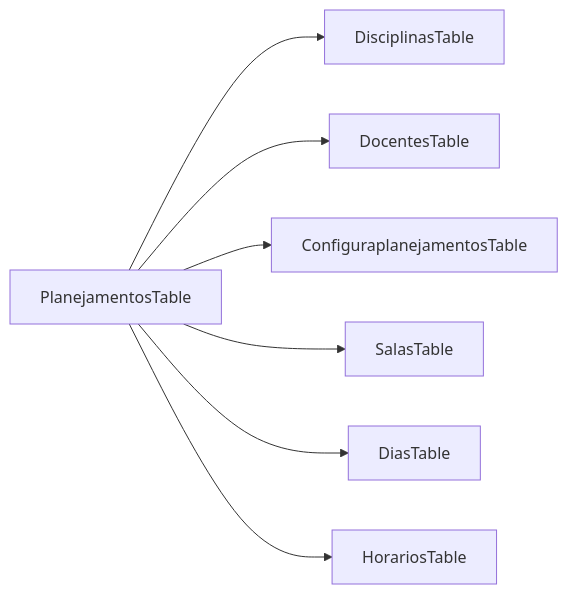
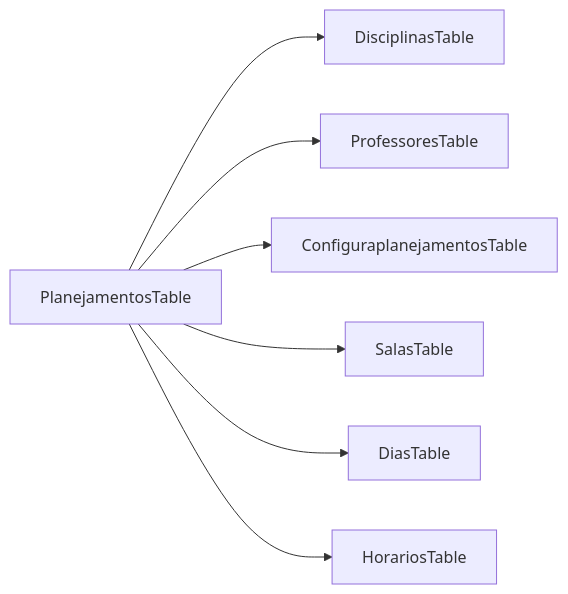
Before and after one commit to luiseduacosta/planejamento5: the fifth of 5 diagrams in .qoder/repowiki/en/content/Core Features/Academic Planning Management/Data Relationships and Entity Mapping.md, drawn with Mermaid. The commit also changed other lines of this file and 37 other files, not shown here.

Commit message:
repowiki: rename Docentes → Professores in metadata

````diff
--- a/.qoder/repowiki/en/content/Core Features/Academic Planning Management/Data Relationships and Entity Mapping.md
+++ b/.qoder/repowiki/en/content/Core Features/Academic Planning Management/Data Relationships and Entity Mapping.md
@@ -370,9 +370,9 @@
 ```mermaid
 graph LR
 P["PlanejamentosTable"] --> D["DisciplinasTable"]
-P --> T["DocentesTable"]
+P --> T["ProfessoresTable"]
 P --> C["ConfiguraplanejamentosTable"]
 P --> S["SalasTable"]
 P --> DI["DiasTable"]
 P --> H["HorariosTable"]
 ```
````
